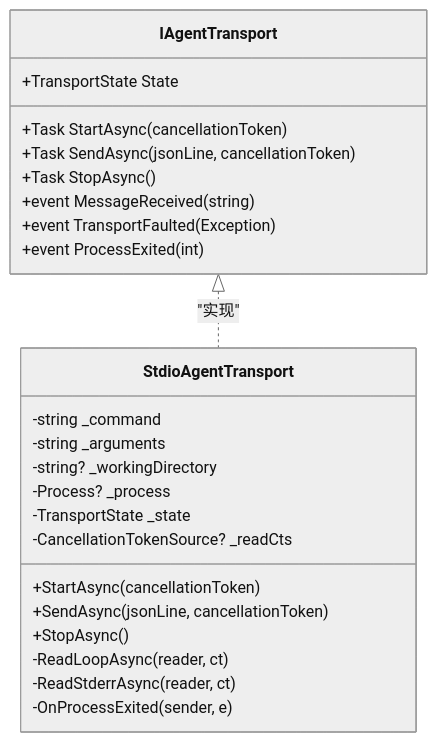
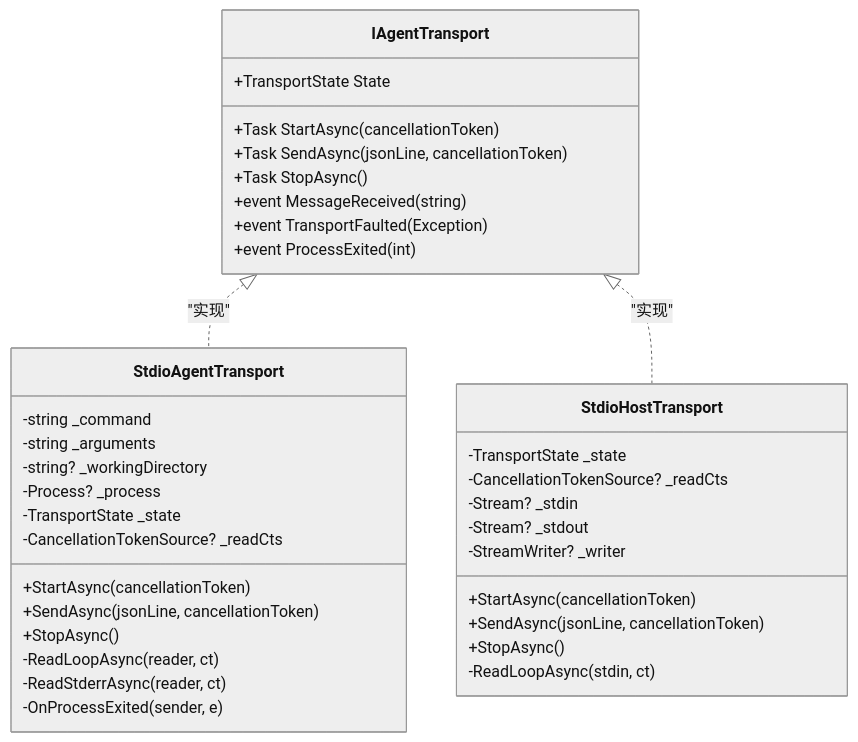
Before and after one commit to AgenticDesktop/ACPLibrary: the third of 5 diagrams in .qoder/repowiki/zh/content/传输层/标准输入输出实现.md, drawn with Mermaid (neutral theme). The commit also changed other lines of this file and 33 other files, not shown here.

````diff
--- a/.qoder/repowiki/zh/content/传输层/标准输入输出实现.md
+++ b/.qoder/repowiki/zh/content/传输层/标准输入输出实现.md
@@ -138,27 +167,39 @@
 ```mermaid
 classDiagram
 class IAgentTransport {
 +Task StartAsync(cancellationToken)
 +Task SendAsync(jsonLine, cancellationToken)
 +Task StopAsync()
 +event MessageReceived(string)
 +event TransportFaulted(Exception)
 +event ProcessExited(int)
 +TransportState State
 }
 class StdioAgentTransport {
 -string _command
 -string _arguments
 -string? _workingDirectory
 -Process? _process
 -TransportState _state
 -CancellationTokenSource? _readCts
 +StartAsync(cancellationToken)
 +SendAsync(jsonLine, cancellationToken)
 +StopAsync()
 -ReadLoopAsync(reader, ct)
 -ReadStderrAsync(reader, ct)
 -OnProcessExited(sender, e)
 }
+class StdioHostTransport {
+-TransportState _state
+-CancellationTokenSource? _readCts
+-Stream? _stdin
+-Stream? _stdout
+-StreamWriter? _writer
++StartAsync(cancellationToken)
++SendAsync(jsonLine, cancellationToken)
++StopAsync()
+-ReadLoopAsync(stdin, ct)
+}
 IAgentTransport <|.. StdioAgentTransport : "实现"
+IAgentTransport <|.. StdioHostTransport : "实现"
 ```
````
